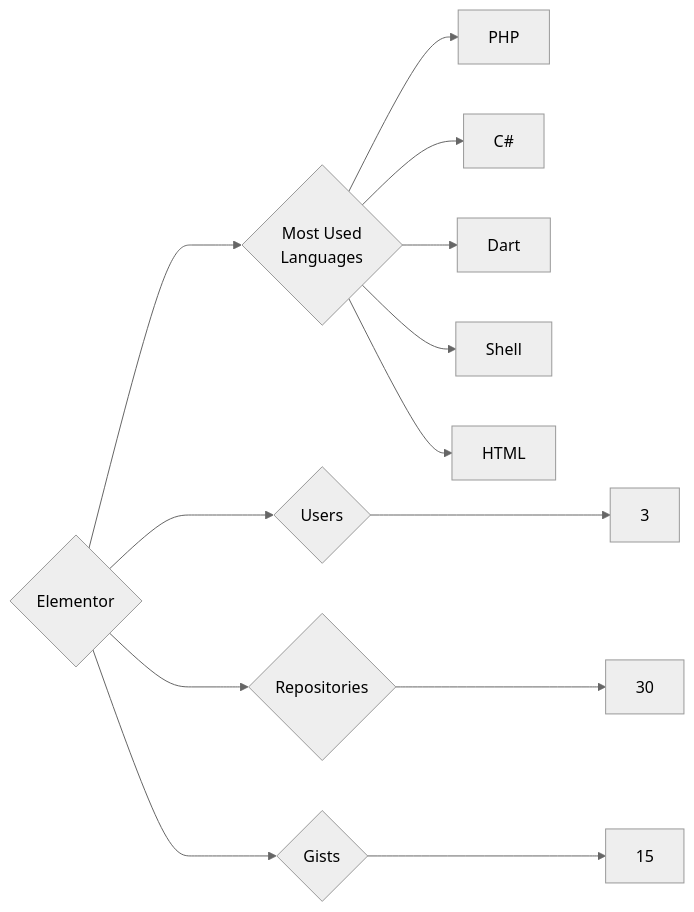
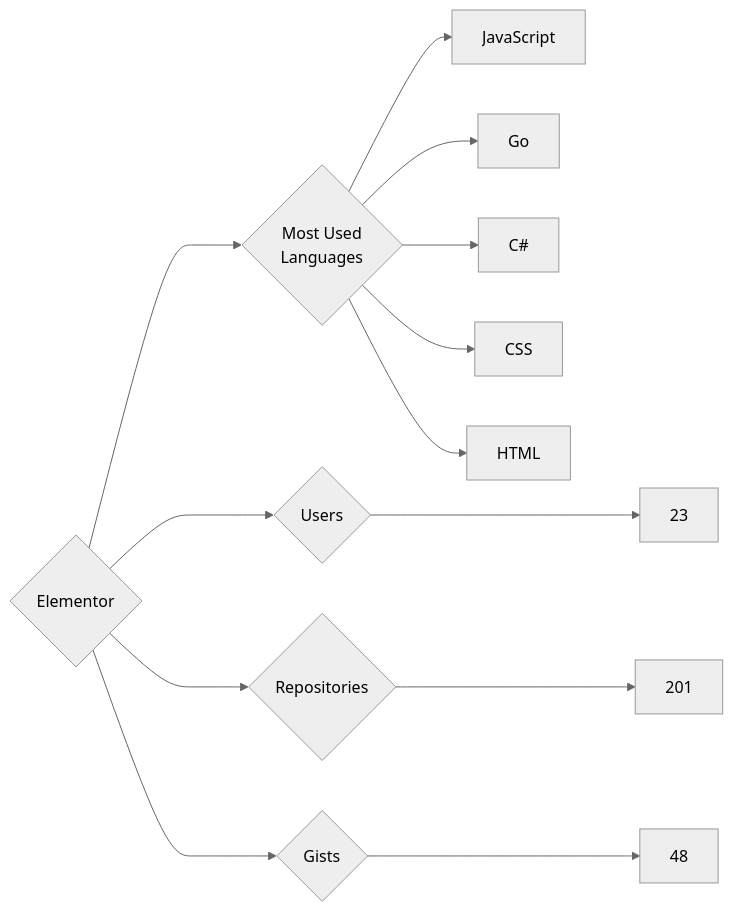
The diagram in targets/Elementor/README.md (trickest/insiders), drawn with Mermaid (neutral theme) before and after one commit. The commit also changed 775 other files, not shown here.

````diff
--- a/targets/Elementor/README.md
+++ b/targets/Elementor/README.md
@@ -3,13 +3,13 @@
 ```mermaid
 graph LR
 COMPANY_NAME{Elementor}
-COMPANY_NAME ---> U{Users} ---> UN[3]
-COMPANY_NAME ---> R{Repositories} ---> RN[30]
-COMPANY_NAME ---> G{Gists} ---> GN[15]
+COMPANY_NAME ---> U{Users} ---> UN[23]
+COMPANY_NAME ---> R{Repositories} ---> RN[201]
+COMPANY_NAME ---> G{Gists} ---> GN[48]
 COMPANY_NAME ---> ML{Most Used<br>Languages}
-ML --> PHP[PHP]
+ML --> JavaScript[JavaScript]
+ML --> Go[Go]
 ML --> C#[C#]
-ML --> Dart[Dart]
-ML --> Shell[Shell]
+ML --> CSS[CSS]
 ML --> HTML[HTML]
 ```
````
